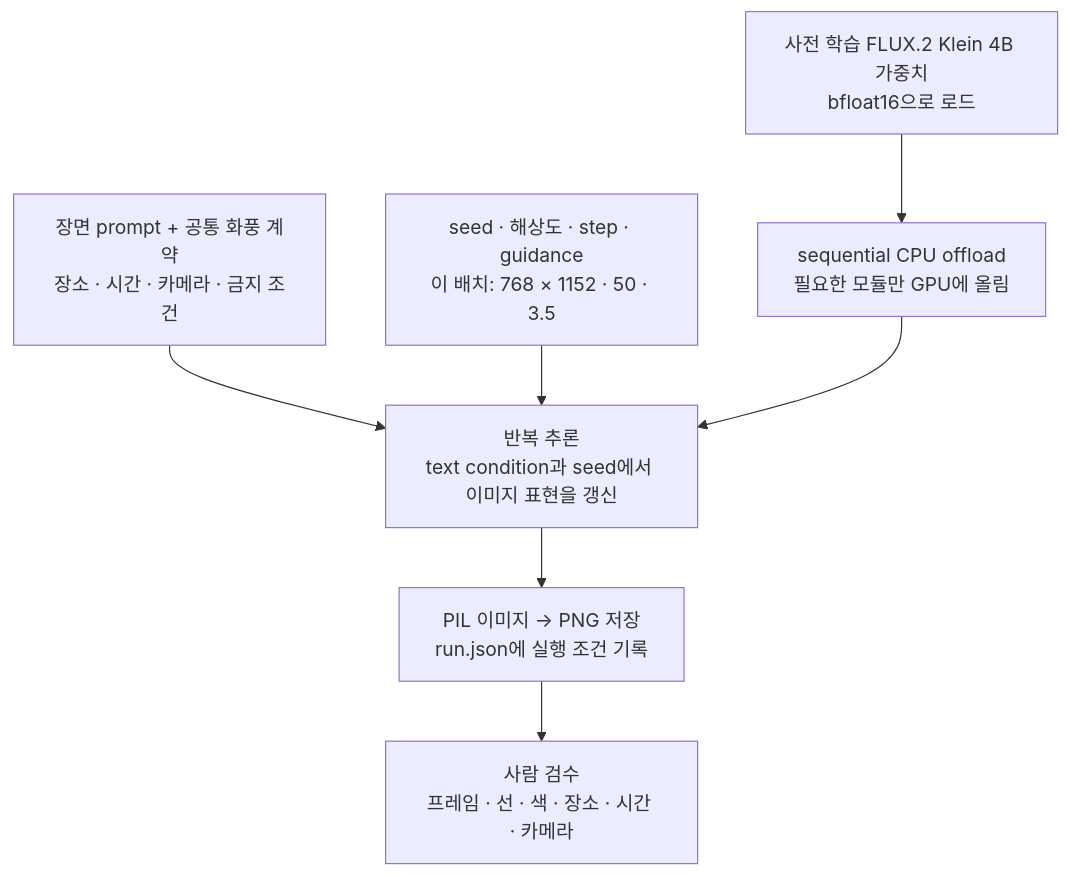
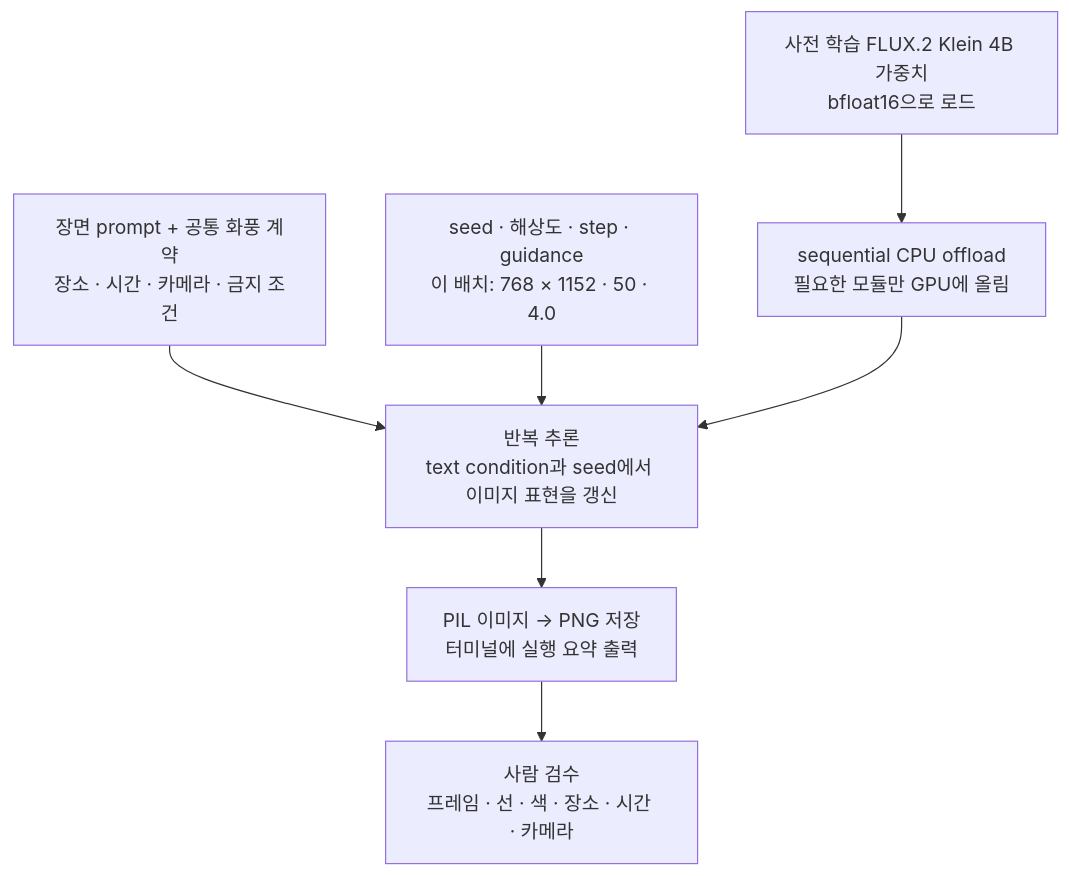
Before and after one commit to devchan64/AiBook: the diagram in docs/assets/part-07/chapter-05/p7-5-1-ai-model-inference-pipeline-ko.mmd, drawn with Mermaid. The commit also changed 56 other files, not shown here.

```diff
--- a/docs/assets/part-07/chapter-05/p7-5-1-ai-model-inference-pipeline-ko.mmd
+++ b/docs/assets/part-07/chapter-05/p7-5-1-ai-model-inference-pipeline-ko.mmd
@@ -1,13 +1,13 @@
 flowchart TD
   prompt["장면 prompt + 공통 화풍 계약<br/>장소 · 시간 · 카메라 · 금지 조건"]
-  settings["seed · 해상도 · step · guidance<br/>이 배치: 768 × 1152 · 50 · 3.5"]
+  settings["seed · 해상도 · step · guidance<br/>이 배치: 768 × 1152 · 50 · 4.0"]
   weights["사전 학습 FLUX.2 Klein 4B 가중치<br/>bfloat16으로 로드"]
   offload["sequential CPU offload<br/>필요한 모듈만 GPU에 올림"]
   inference["반복 추론<br/>text condition과 seed에서 이미지 표현을 갱신"]
-  output["PIL 이미지 → PNG 저장<br/>run.json에 실행 조건 기록"]
+  output["PIL 이미지 → PNG 저장<br/>터미널에 실행 요약 출력"]
   review["사람 검수<br/>프레임 · 선 · 색 · 장소 · 시간 · 카메라"]
 
   prompt --> inference
   settings --> inference
   weights --> offload --> inference
   inference --> output --> review
```
